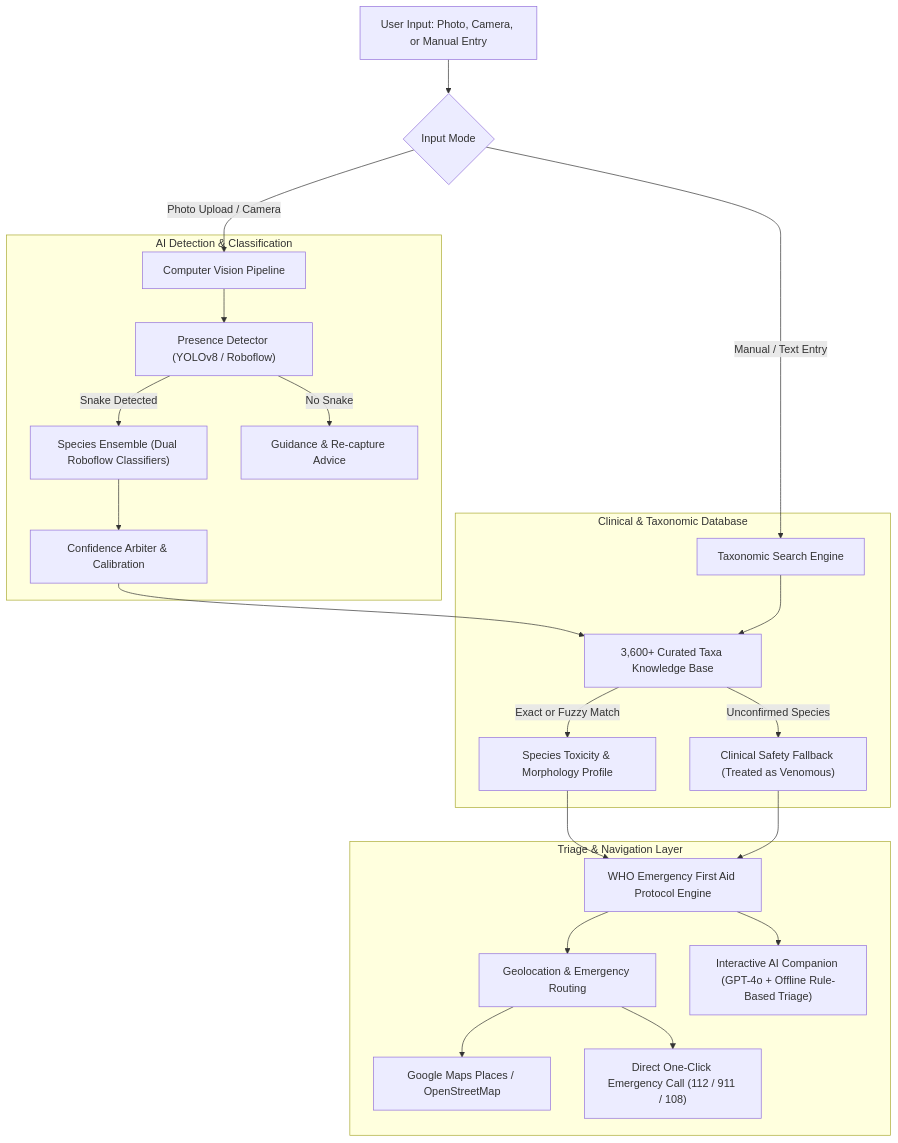
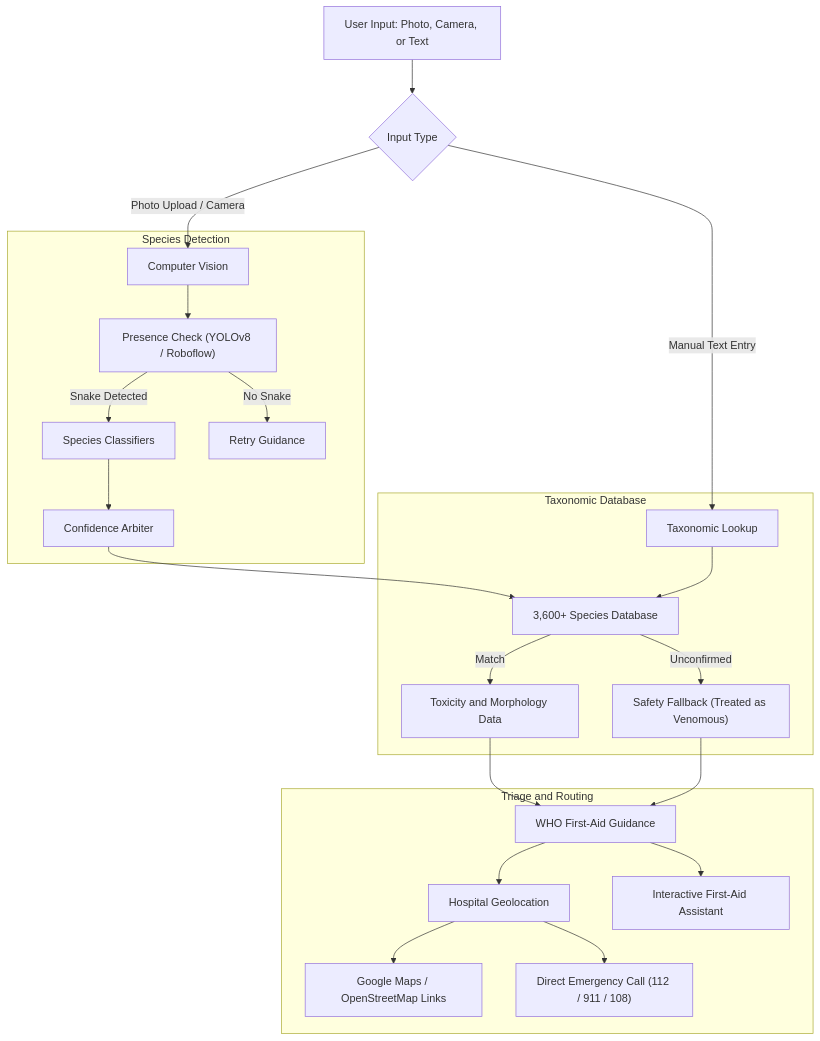
Before and after one commit to felirox/venomguard: the diagram in README.md, drawn with Mermaid. The commit also changed other lines of this file and 14 other files, not shown here.

````diff
--- a/README.md
+++ b/README.md
@@ -57,30 +39,30 @@
 ```mermaid
 flowchart TD
-    A["User Input: Photo, Camera, or Manual Entry"] --> B{"Input Mode"}
+    A["User Input: Photo, Camera, or Text"] --> B{"Input Type"}
     
-    B -->|Photo Upload / Camera| C["Computer Vision Pipeline"]
-    B -->|Manual / Text Entry| D["Taxonomic Search Engine"]
+    B -->|Photo Upload / Camera| C["Computer Vision"]
+    B -->|Manual Text Entry| D["Taxonomic Lookup"]
     
-    subgraph CV_Engine ["AI Detection & Classification"]
-        C --> C1["Presence Detector (YOLOv8 / Roboflow)"]
-        C1 -->|Snake Detected| C2["Species Ensemble (Dual Roboflow Classifiers)"]
-        C1 -->|No Snake| C3["Guidance & Re-capture Advice"]
-        C2 --> C4["Confidence Arbiter & Calibration"]
+    subgraph CV_Engine ["Species Detection"]
+        C --> C1["Presence Check (YOLOv8 / Roboflow)"]
+        C1 -->|Snake Detected| C2["Species Classifiers"]
+        C1 -->|No Snake| C3["Retry Guidance"]
+        C2 --> C4["Confidence Arbiter"]
     end
     
-    subgraph Knowledge_Engine ["Clinical & Taxonomic Database"]
-        C4 --> E["3,600+ Curated Taxa Knowledge Base"]
+    subgraph Knowledge_Engine ["Taxonomic Database"]
+        C4 --> E["3,600+ Species Database"]
         D --> E
-        E -->|Exact or Fuzzy Match| F["Species Toxicity & Morphology Profile"]
-        E -->|Unconfirmed Species| G["Clinical Safety Fallback (Treated as Venomous)"]
+        E -->|Match| F["Toxicity and Morphology Data"]
+        E -->|Unconfirmed| G["Safety Fallback (Treated as Venomous)"]
     end
     
-    subgraph Emergency_Response ["Triage & Navigation Layer"]
-        F --> H["WHO Emergency First Aid Protocol Engine"]
+    subgraph Emergency_Response ["Triage and Routing"]
+        F --> H["WHO First-Aid Guidance"]
         G --> H
-        H --> I["Geolocation & Emergency Routing"]
-        I --> I1["Google Maps Places / OpenStreetMap"]
-        I --> I2["Direct One-Click Emergency Call (112 / 911 / 108)"]
-        H --> J["Interactive AI Companion (GPT-4o + Offline Rule-Based Triage)"]
+        H --> I["Hospital Geolocation"]
+        I --> I1["Google Maps / OpenStreetMap Links"]
+        I --> I2["Direct Emergency Call (112 / 911 / 108)"]
+        H --> J["Interactive First-Aid Assistant"]
     end
 ```
````
